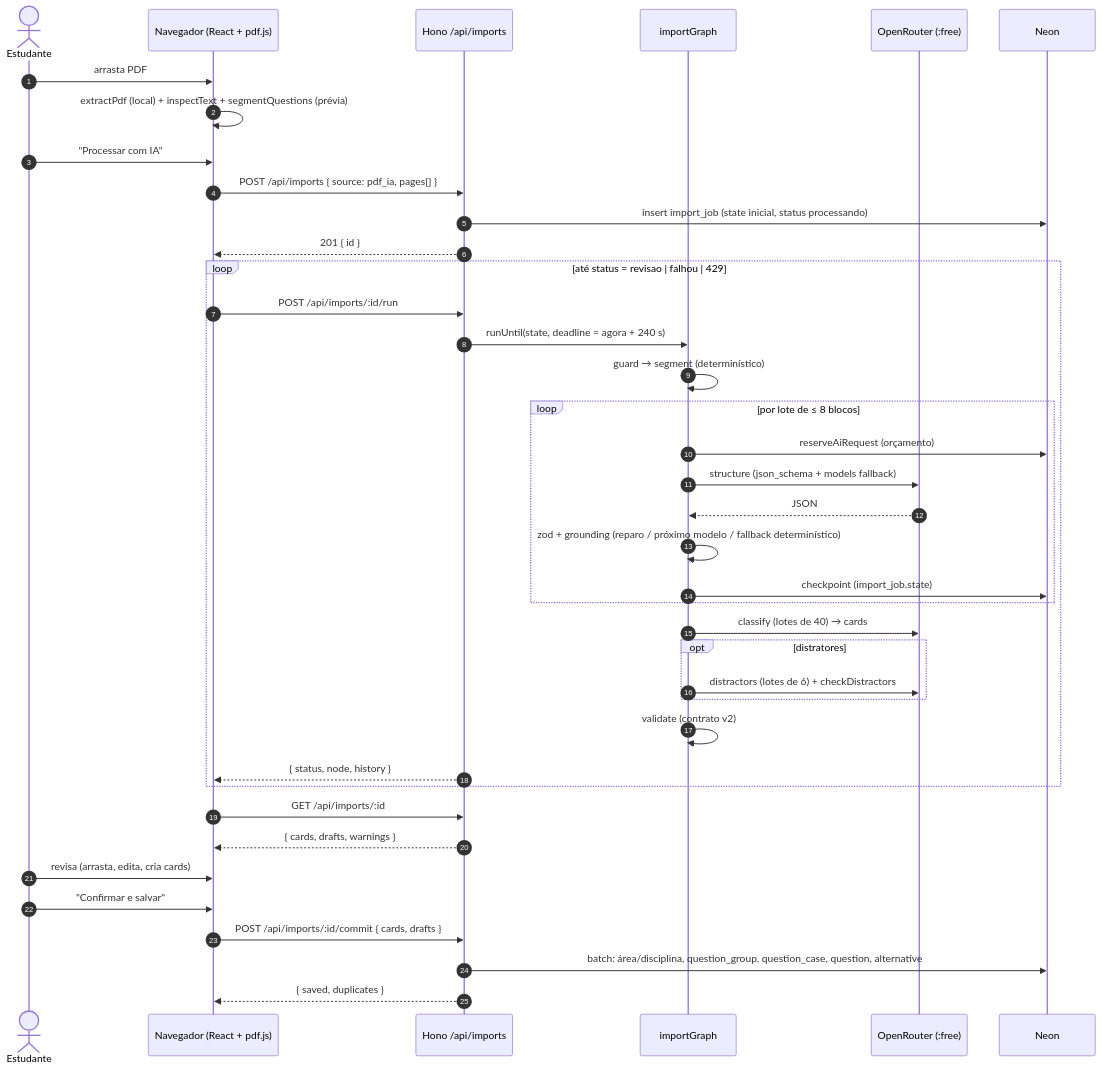
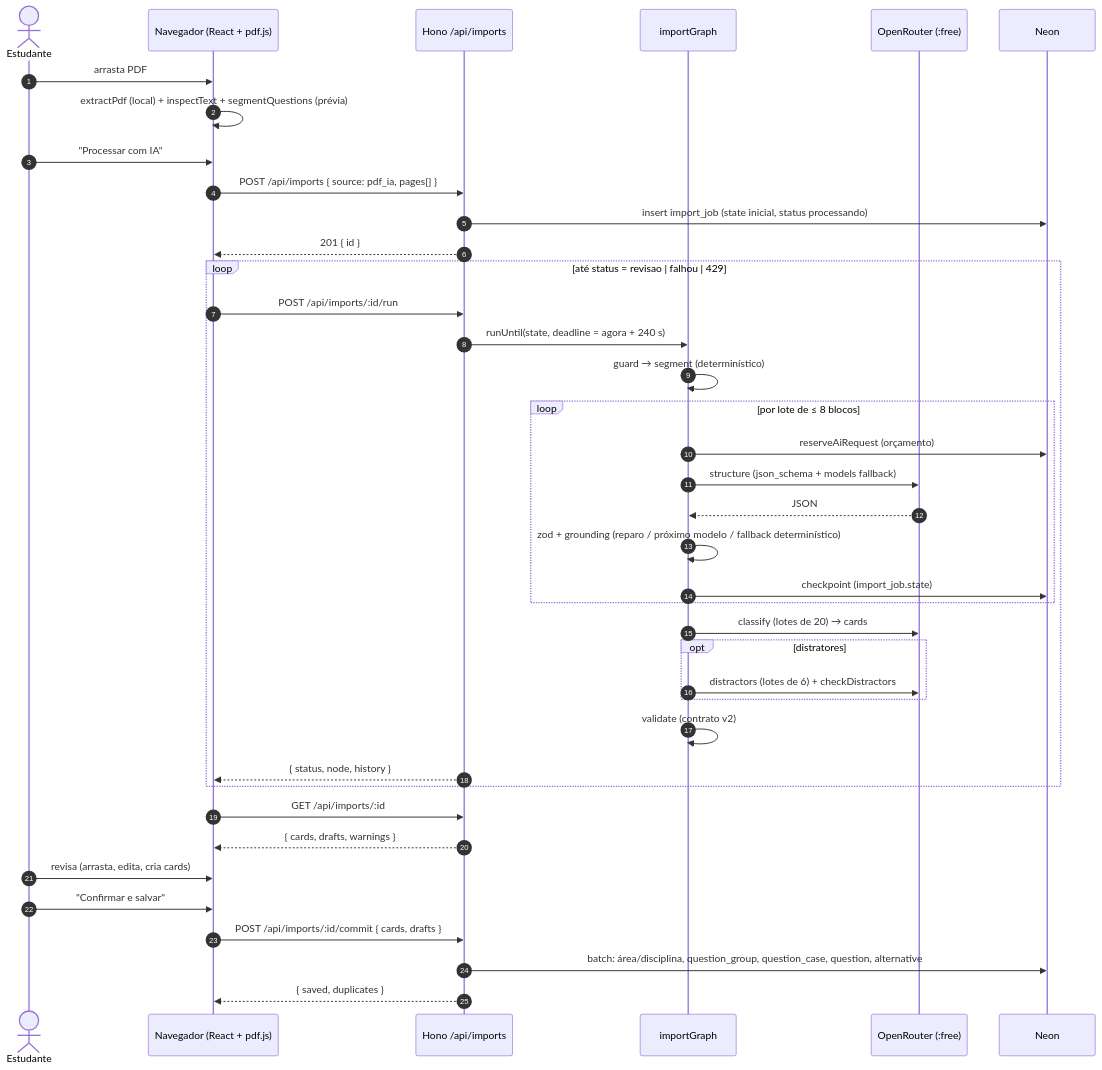
The diagram in specs/002-importacao-questoes/plan.md (mur1ll0/deus-provera), drawn with Mermaid before and after one commit. The commit also changed other lines of this file and 6 other files, not shown here.

````diff
--- a/specs/002-importacao-questoes/plan.md
+++ b/specs/002-importacao-questoes/plan.md
@@ -95,42 +95,42 @@
 ```mermaid
 sequenceDiagram
   autonumber
   actor E as Estudante
   participant B as Navegador (React + pdf.js)
   participant API as Hono /api/imports
   participant G as importGraph
   participant OR as OpenRouter (:free)
   participant DB as Neon
 
   E->>B: arrasta PDF
   B->>B: extractPdf (local) + inspectText + segmentQuestions (prévia)
   E->>B: "Processar com IA"
   B->>API: POST /api/imports { source: pdf_ia, pages[] }
   API->>DB: insert import_job (state inicial, status processando)
   API-->>B: 201 { id }
   loop até status = revisao | falhou | 429
     B->>API: POST /api/imports/:id/run
     API->>G: runUntil(state, deadline = agora + 240 s)
     G->>G: guard → segment (determinístico)
     loop por lote de ≤ 8 blocos
       G->>DB: reserveAiRequest (orçamento)
       G->>OR: structure (json_schema + models fallback)
       OR-->>G: JSON
       G->>G: zod + grounding (reparo / próximo modelo / fallback determinístico)
       G->>DB: checkpoint (import_job.state)
     end
-    G->>OR: classify (lotes de 40) → cards
+    G->>OR: classify (lotes de 20) → cards
     opt distratores
       G->>OR: distractors (lotes de 6) + checkDistractors
     end
     G->>G: validate (contrato v2)
     API-->>B: { status, node, history }
   end
   B->>API: GET /api/imports/:id
   API-->>B: { cards, drafts, warnings }
   E->>B: revisa (arrasta, edita, cria cards)
   E->>B: "Confirmar e salvar"
   B->>API: POST /api/imports/:id/commit { cards, drafts }
   API->>DB: batch: área/disciplina, question_group, question_case, question, alternative
   API-->>B: { saved, duplicates }
 ```
````
